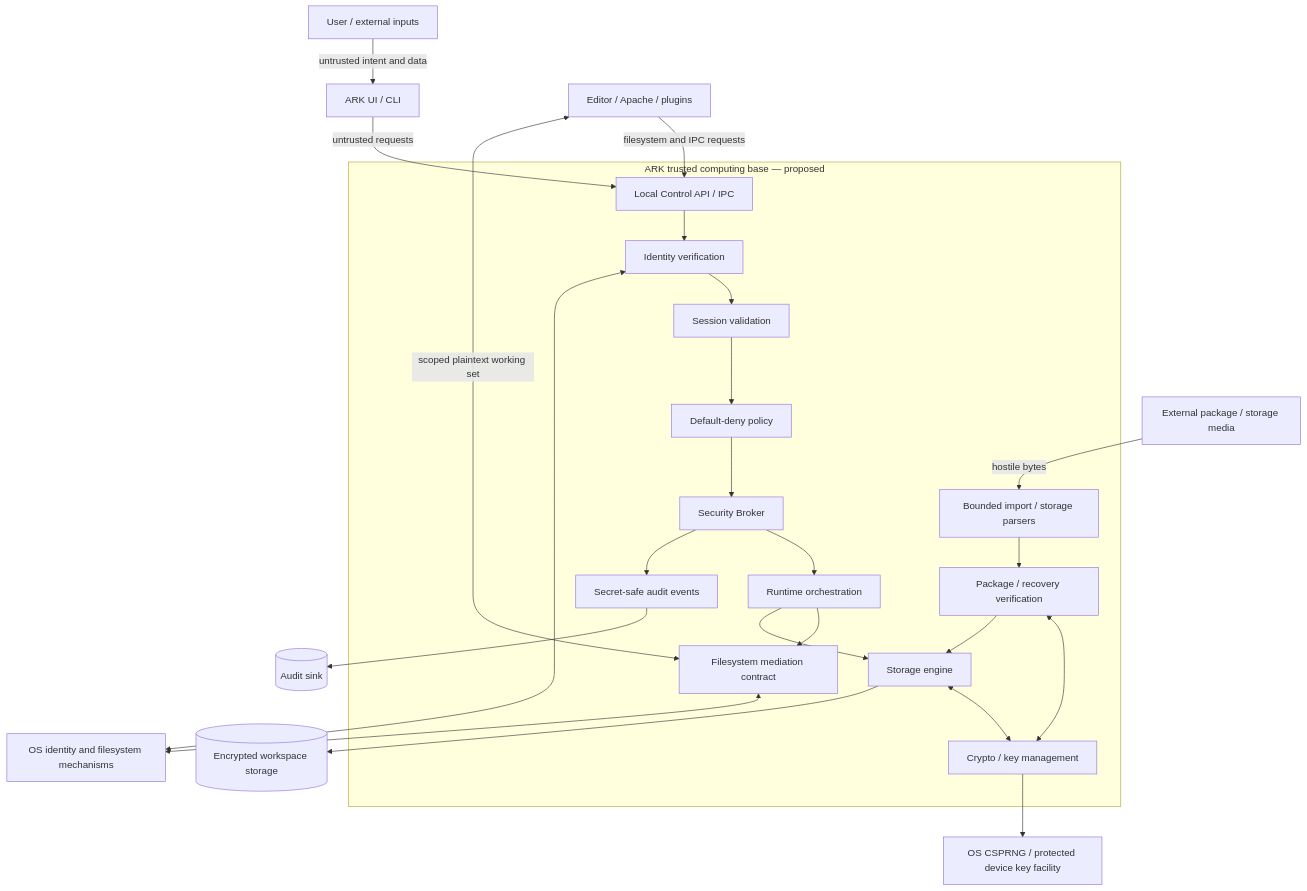
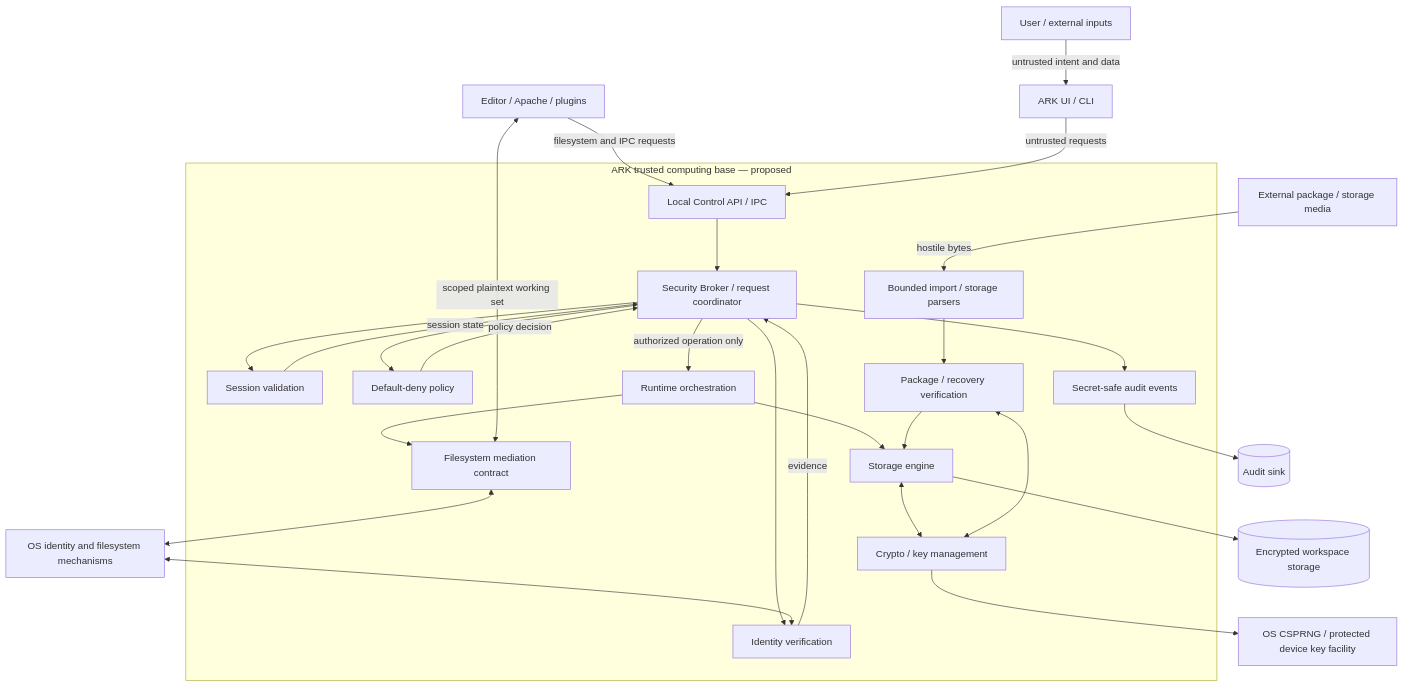
The diagram in docs/security/SYSTEM_TRUST_BOUNDARIES.md (RhinoGuard/ARK), drawn with Mermaid before and after one commit. The commit also changed other lines of this file, not shown here.

Commit message:
docs(security): align trust flow and recovery verification order

````diff
--- a/docs/security/SYSTEM_TRUST_BOUNDARIES.md
+++ b/docs/security/SYSTEM_TRUST_BOUNDARIES.md
@@ -92,29 +92,32 @@
 ```mermaid
 flowchart TB
   U[User / external inputs] -->|untrusted intent and data| UI[ARK UI / CLI]
   APP[Editor / Apache / plugins] -->|filesystem and IPC requests| IPC[Local Control API / IPC]
   UI -->|untrusted requests| IPC
   EXT[External package / storage media] -->|hostile bytes| PARSE[Bounded import / storage parsers]
 
   subgraph TCB[ARK trusted computing base — proposed]
-    IPC --> ID[Identity verification]
-    ID --> SESS[Session validation]
-    SESS --> POL[Default-deny policy]
-    POL --> BR[Security Broker]
-    BR --> RT[Runtime orchestration]
+    IPC --> BR[Security Broker / request coordinator]
+    BR --> ID[Identity verification]
+    BR --> SESS[Session validation]
+    BR --> POL[Default-deny policy]
+    ID -->|evidence| BR
+    SESS -->|session state| BR
+    POL -->|policy decision| BR
+    BR -->|authorized operation only| RT[Runtime orchestration]
     RT --> FS[Filesystem mediation contract]
     BR --> AUD[Secret-safe audit events]
     RT --> ST[Storage engine]
     ST <--> CR[Crypto / key management]
     PARSE --> PKG[Package / recovery verification]
     PKG <--> CR
     PKG --> ST
   end
 
   OS[OS identity and filesystem mechanisms] <--> ID
   FS <--> OS
   CR --> KEYS[OS CSPRNG / protected device key facility]
   ST --> DATA[(Encrypted workspace storage)]
   APP <-->|scoped plaintext working set| FS
   AUD --> LOG[(Audit sink)]
 ```
````
